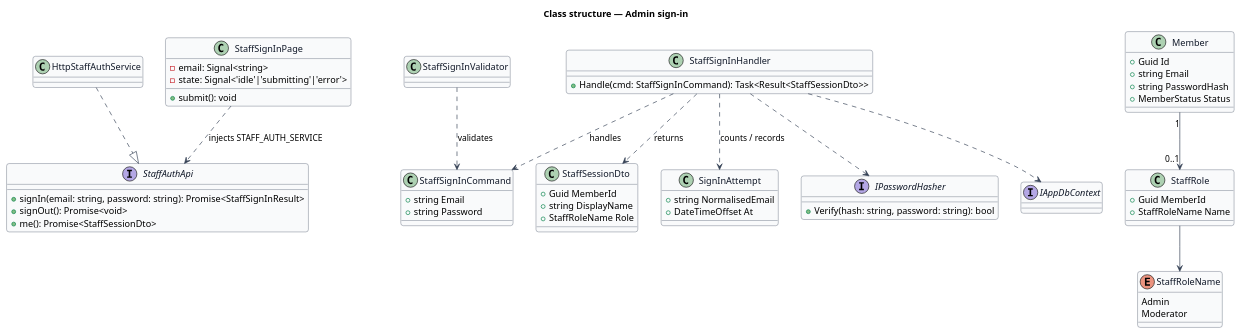
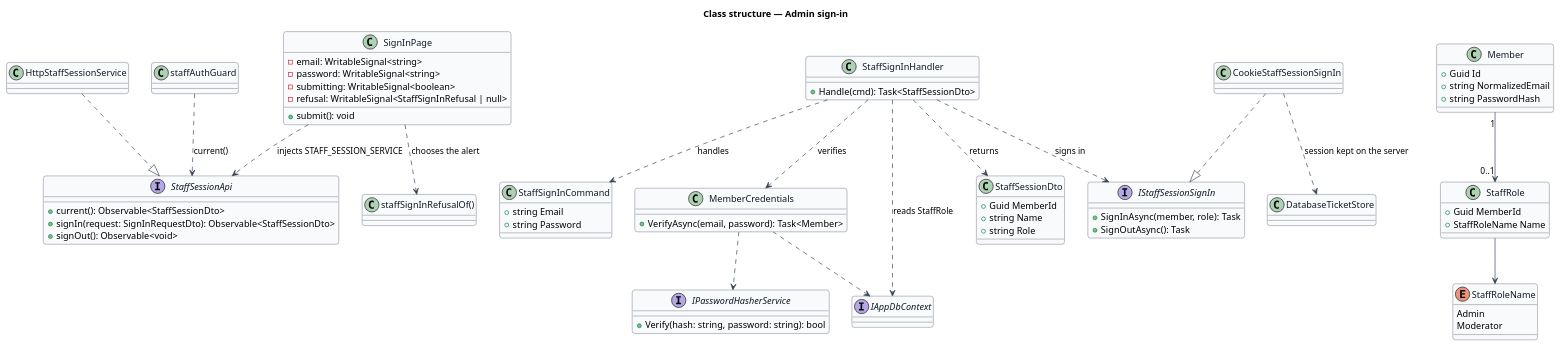
Before and after one commit to QuinntyneBrown/christian-fitness: the diagram in docs/detailed-designs/admin-access/admin-sign-in/diagrams/class.puml, drawn with PlantUML. The commit also changed 77 other files, not shown here.

First line of the commit message:
Align requirements, designs and mocks with staff sign-in

```diff
--- a/docs/detailed-designs/admin-access/admin-sign-in/diagrams/class.puml
+++ b/docs/detailed-designs/admin-access/admin-sign-in/diagrams/class.puml
@@ -1,71 +1,83 @@
 @startuml
 skinparam backgroundColor #FFFFFF
 skinparam shadowing false
 skinparam roundcorner 8
 skinparam defaultFontName Arial
 skinparam ArrowColor #344054
 skinparam class {
   BorderColor #344054
   FontColor #101828
   BackgroundColor #F9FAFB
 }
 title Class structure — Admin sign-in
 
-interface StaffAuthApi {
-  +signIn(email: string, password: string): Promise<StaffSignInResult>
-  +signOut(): Promise<void>
-  +me(): Promise<StaffSessionDto>
+interface StaffSessionApi {
+  +current(): Observable<StaffSessionDto>
+  +signIn(request: SignInRequestDto): Observable<StaffSessionDto>
+  +signOut(): Observable<void>
 }
-class HttpStaffAuthService
-class StaffSignInPage {
-  -email: Signal<string>
-  -state: Signal<'idle'|'submitting'|'error'>
+class HttpStaffSessionService
+class SignInPage {
+  -email: WritableSignal<string>
+  -password: WritableSignal<string>
+  -submitting: WritableSignal<boolean>
+  -refusal: WritableSignal<StaffSignInRefusal | null>
   +submit(): void
 }
+class "staffSignInRefusalOf()" as refusalOf
+class "staffAuthGuard" as guard
 class StaffSignInCommand {
   +string Email
   +string Password
 }
-class StaffSignInValidator
 class StaffSignInHandler {
-  +Handle(cmd: StaffSignInCommand): Task<Result<StaffSessionDto>>
+  +Handle(cmd): Task<StaffSessionDto>
+}
+class MemberCredentials {
+  +VerifyAsync(email, password): Task<Member>
 }
 class StaffSessionDto {
   +Guid MemberId
-  +string DisplayName
-  +StaffRoleName Role
+  +string Name
+  +string Role
 }
+interface IStaffSessionSignIn {
+  +SignInAsync(member, role): Task
+  +SignOutAsync(): Task
+}
+class CookieStaffSessionSignIn
+class DatabaseTicketStore
 class Member {
   +Guid Id
-  +string Email
+  +string NormalizedEmail
   +string PasswordHash
-  +MemberStatus Status
 }
 class StaffRole {
   +Guid MemberId
   +StaffRoleName Name
 }
 enum StaffRoleName {
   Admin
   Moderator
 }
-class SignInAttempt {
-  +string NormalisedEmail
-  +DateTimeOffset At
-}
-interface IPasswordHasher {
+interface IPasswordHasherService {
   +Verify(hash: string, password: string): bool
 }
 interface IAppDbContext
 
-HttpStaffAuthService ..|> StaffAuthApi
-StaffSignInPage ..> StaffAuthApi : injects STAFF_AUTH_SERVICE
-StaffSignInValidator ..> StaffSignInCommand : validates
+HttpStaffSessionService ..|> StaffSessionApi
+SignInPage ..> StaffSessionApi : injects STAFF_SESSION_SERVICE
+SignInPage ..> refusalOf : chooses the alert
+guard ..> StaffSessionApi : current()
 StaffSignInHandler ..> StaffSignInCommand : handles
-StaffSignInHandler ..> IAppDbContext
-StaffSignInHandler ..> IPasswordHasher
+StaffSignInHandler ..> MemberCredentials : verifies
+StaffSignInHandler ..> IAppDbContext : reads StaffRole
+StaffSignInHandler ..> IStaffSessionSignIn : signs in
 StaffSignInHandler ..> StaffSessionDto : returns
+MemberCredentials ..> IAppDbContext
+MemberCredentials ..> IPasswordHasherService
+CookieStaffSessionSignIn ..|> IStaffSessionSignIn
+CookieStaffSessionSignIn ..> DatabaseTicketStore : session kept on the server
 Member "1" --> "0..1" StaffRole
 StaffRole --> StaffRoleName
-StaffSignInHandler ..> SignInAttempt : counts / records
 @enduml
```
